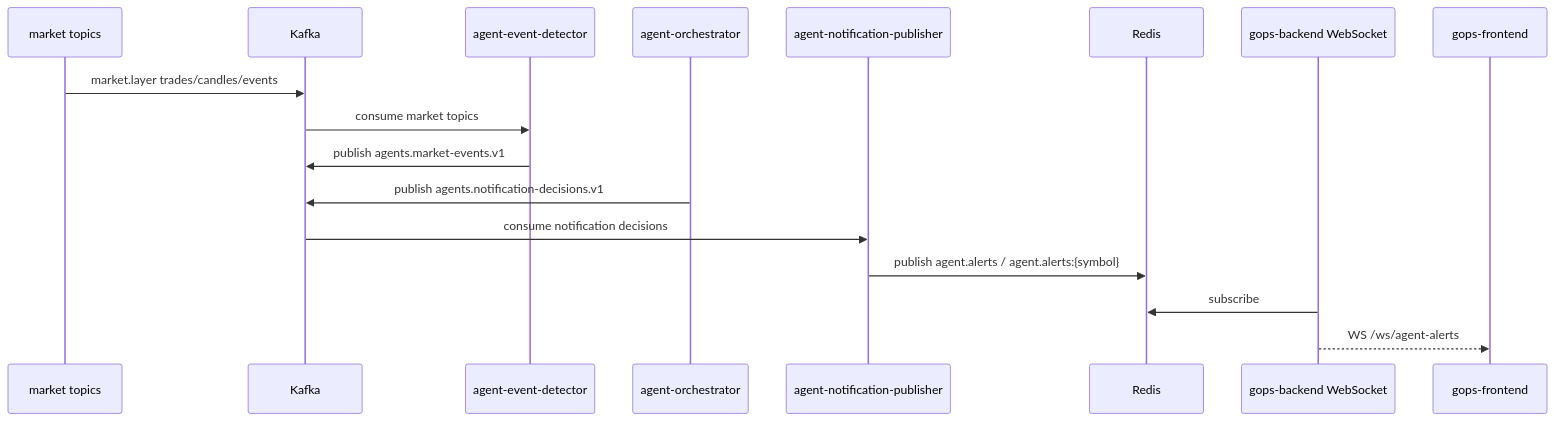
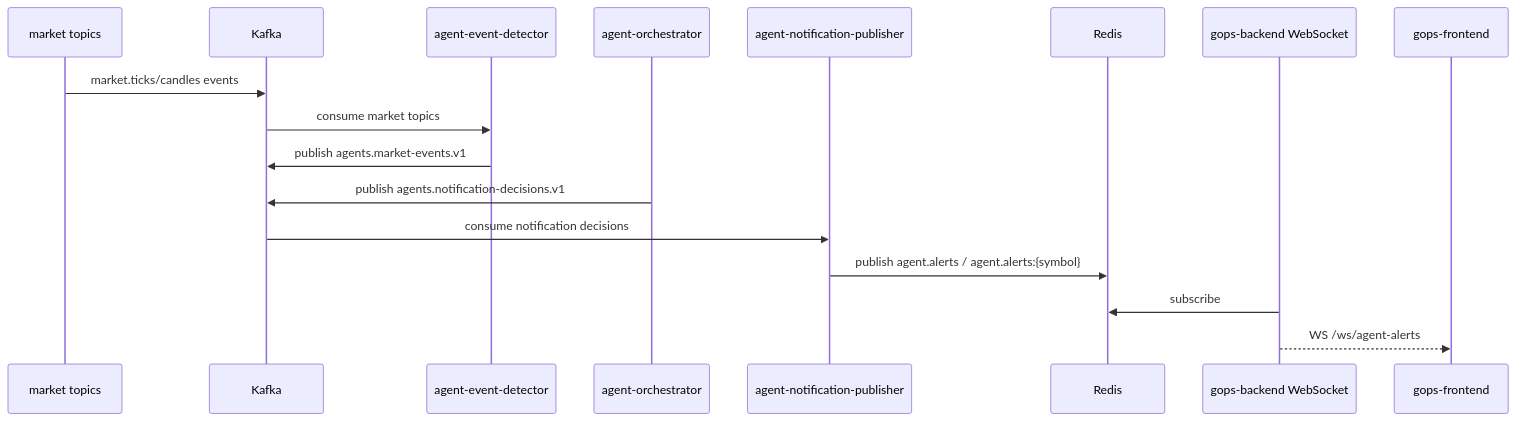
One commit to seunglee10/GOPS-BE changed the third of 3 diagrams in docs/AGENT_ORCHESTRATION_IMPLEMENTATION.md. Above: the diagram before and after it, drawn with Mermaid. The commit also changed other lines of this file and 49 other files, not shown here.

Commit message:
Rebuild chart market data flow

````diff
--- a/docs/AGENT_ORCHESTRATION_IMPLEMENTATION.md
+++ b/docs/AGENT_ORCHESTRATION_IMPLEMENTATION.md
@@ -170,20 +175,20 @@
 ```mermaid
 sequenceDiagram
   participant M as market topics
   participant K as Kafka
   participant ED as agent-event-detector
   participant AO as agent-orchestrator
   participant NP as agent-notification-publisher
   participant R as Redis
   participant BE as gops-backend WebSocket
   participant FE as gops-frontend
 
-  M->>K: market.layer trades/candles/events
+  M->>K: market.ticks/candles events
   K->>ED: consume market topics
   ED->>K: publish agents.market-events.v1
   AO->>K: publish agents.notification-decisions.v1
   K->>NP: consume notification decisions
   NP->>R: publish agent.alerts / agent.alerts:{symbol}
   BE->>R: subscribe
   BE-->>FE: WS /ws/agent-alerts
 ```
````
